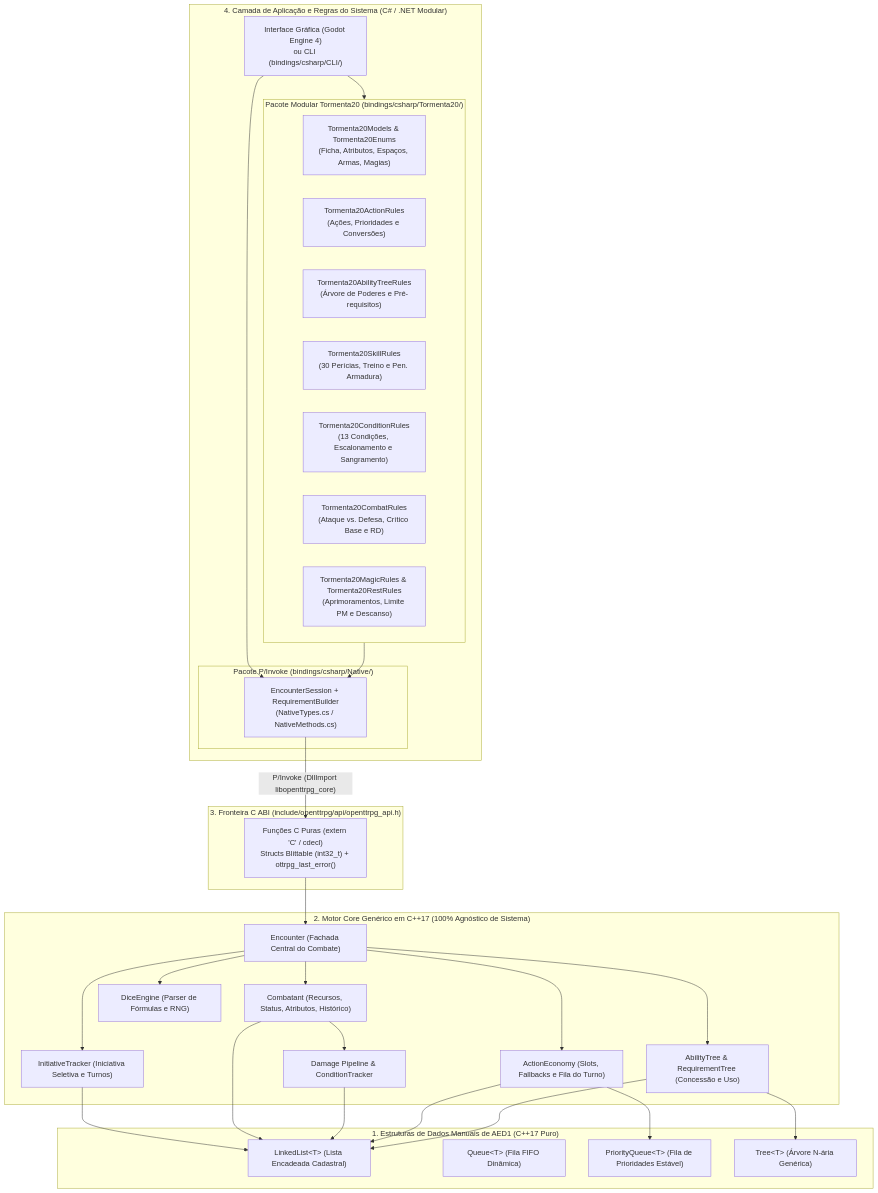
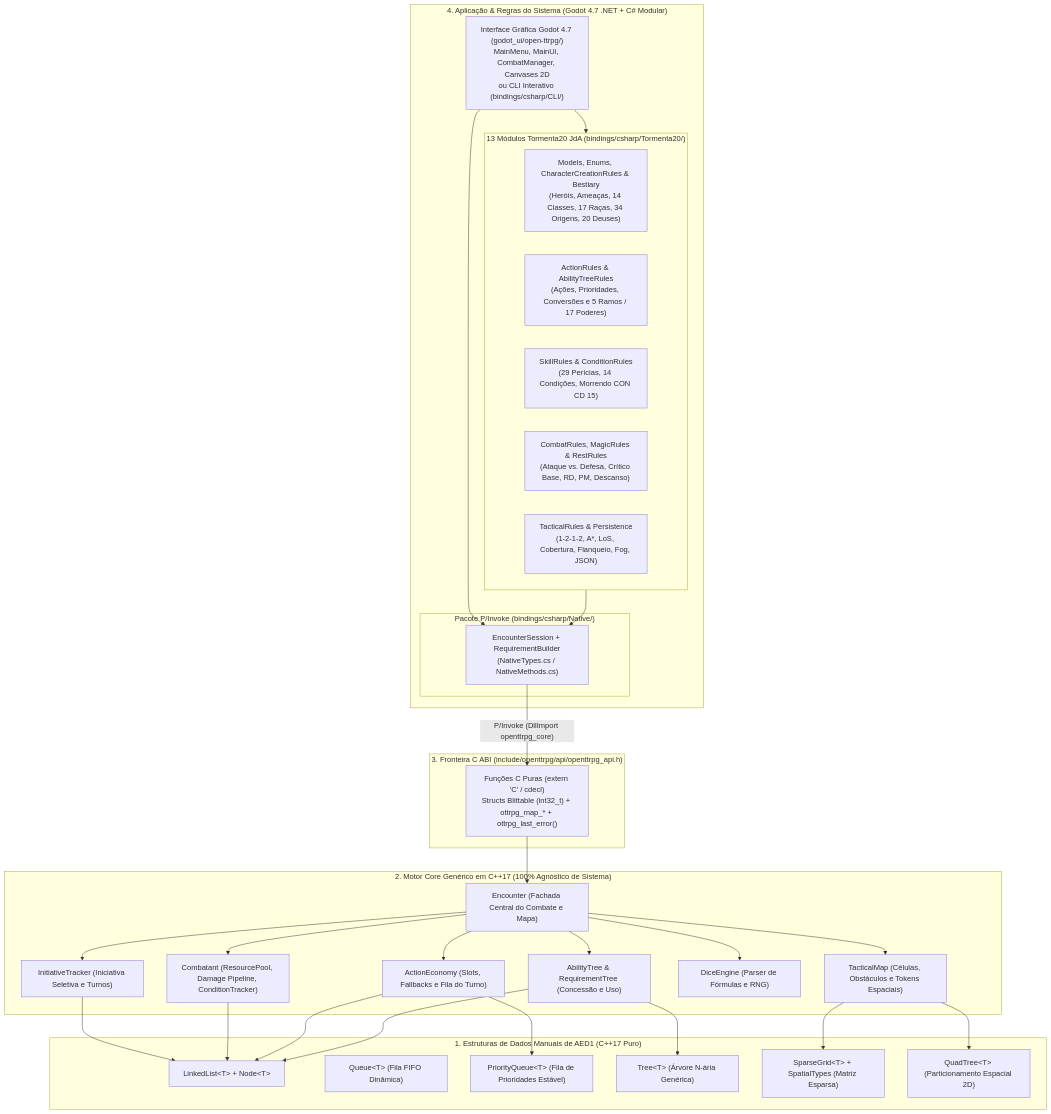
Before and after one commit to Iago3457/OpenTTRPG: the first of 5 diagrams in docs/architecture.md, drawn with Mermaid. The commit also changed other lines of this file and 6 other files, not shown here.

````diff
--- a/docs/architecture.md
+++ b/docs/architecture.md
@@ -11,62 +11,63 @@
 ```mermaid
 flowchart TD
-    subgraph Camada4 ["4. Camada de Aplicação e Regras do Sistema (C# / .NET Modular)"]
-        UI["Interface Gráfica (Godot Engine 4)\nou CLI (bindings/csharp/CLI/)"]
+    subgraph Camada4 ["4. Aplicação & Regras do Sistema (Godot 4.7 .NET + C# Modular)"]
+        UI["Interface Gráfica Godot 4.7 (godot_ui/open-ttrpg/)\nMainMenu, MainUi, CombatManager, Canvases 2D\nou CLI Interativo (bindings/csharp/CLI/)"]
 
-        subgraph T20Package ["Pacote Modular Tormenta20 (bindings/csharp/Tormenta20/)"]
-            T20Mod["Tormenta20Models & Tormenta20Enums\n(Ficha, Atributos, Espaços, Armas, Magias)"]
-            T20Act["Tormenta20ActionRules\n(Ações, Prioridades e Conversões)"]
-            T20Tree["Tormenta20AbilityTreeRules\n(Árvore de Poderes e Pré-requisitos)"]
-            T20Skill["Tormenta20SkillRules\n(30 Perícias, Treino e Pen. Armadura)"]
-            T20Cond["Tormenta20ConditionRules\n(13 Condições, Escalonamento e Sangramento)"]
-            T20Comb["Tormenta20CombatRules\n(Ataque vs. Defesa, Crítico Base e RD)"]
-            T20Mag["Tormenta20MagicRules & Tormenta20RestRules\n(Aprimoramentos, Limite PM e Descanso)"]
+        subgraph T20Package ["13 Módulos Tormenta20 JdA (bindings/csharp/Tormenta20/)"]
+            T20Mod["Models, Enums, CharacterCreationRules & Bestiary\n(Heróis, Ameaças, 14 Classes, 17 Raças, 34 Origens, 20 Deuses)"]
+            T20Act["ActionRules & AbilityTreeRules\n(Ações, Prioridades, Conversões e 5 Ramos / 17 Poderes)"]
+            T20Skill["SkillRules & ConditionRules\n(29 Perícias, 14 Condições, Morrendo CON CD 15)"]
+            T20Comb["CombatRules, MagicRules & RestRules\n(Ataque vs. Defesa, Crítico Base, RD, PM, Descanso)"]
+            T20Tac["TacticalRules & Persistence\n(1-2-1-2, A*, LoS, Cobertura, Flanqueio, Fog, JSON)"]
         end
 
         subgraph NativePkg ["Pacote P/Invoke (bindings/csharp/Native/)"]
             Session["EncounterSession + RequirementBuilder\n(NativeTypes.cs / NativeMethods.cs)"]
         end
     end
 
     subgraph Camada3 ["3. Fronteira C ABI (include/openttrpg/api/openttrpg_api.h)"]
-        CABI["Funções C Puras (extern 'C' / cdecl)\nStructs Blittable (int32_t) + ottrpg_last_error()"]
+        CABI["Funções C Puras (extern 'C' / cdecl)\nStructs Blittable (int32_t) + ottrpg_map_* + ottrpg_last_error()"]
     end
 
     subgraph Camada2 ["2. Motor Core Genérico em C++17 (100% Agnóstico de Sistema)"]
-        Enc["Encounter (Fachada Central do Combate)"]
+        Enc["Encounter (Fachada Central do Combate e Mapa)"]
         Init["InitiativeTracker (Iniciativa Seletiva e Turnos)"]
         ActEcon["ActionEconomy (Slots, Fallbacks e Fila do Turno)"]
         AbTree["AbilityTree & RequirementTree (Concessão e Uso)"]
-        Comb["Combatant (Recursos, Status, Atributos, Histórico)"]
-        DmgCond["Damage Pipeline & ConditionTracker"]
+        Comb["Combatant (ResourcePool, Damage Pipeline, ConditionTracker)"]
         Dice["DiceEngine (Parser de Fórmulas e RNG)"]
+        TMap["TacticalMap (Células, Obstáculos e Tokens Espaciais)"]
     end
 
     subgraph Camada1 ["1. Estruturas de Dados Manuais de AED1 (C++17 Puro)"]
-        LL["LinkedList&lt;T&gt; (Lista Encadeada Cadastral)"]
+        LL["LinkedList&lt;T&gt; + Node&lt;T&gt;"]
         Q["Queue&lt;T&gt; (Fila FIFO Dinâmica)"]
         PQ["PriorityQueue&lt;T&gt; (Fila de Prioridades Estável)"]
         TR["Tree&lt;T&gt; (Árvore N-ária Genérica)"]
+        SG["SparseGrid&lt;T&gt; + SpatialTypes (Matriz Esparsa)"]
+        QT["QuadTree&lt;T&gt; (Particionamento Espacial 2D)"]
     end
 
     UI --> T20Package
     UI --> Session
     T20Package --> Session
-    Session -- "P/Invoke (DllImport libopenttrpg_core)" --> CABI
+    Session -- "P/Invoke (DllImport openttrpg_core)" --> CABI
     CABI --> Enc
 
     Enc --> Init
     Enc --> ActEcon
     Enc --> AbTree
     Enc --> Comb
     Enc --> Dice
-    Comb --> DmgCond
+    Enc --> TMap
 
     Init --> LL
     Comb --> LL
-    DmgCond --> LL
     ActEcon --> PQ
     ActEcon --> LL
     AbTree --> TR
     AbTree --> LL
+    TMap --> SG
+    TMap --> QT
 ```
````
